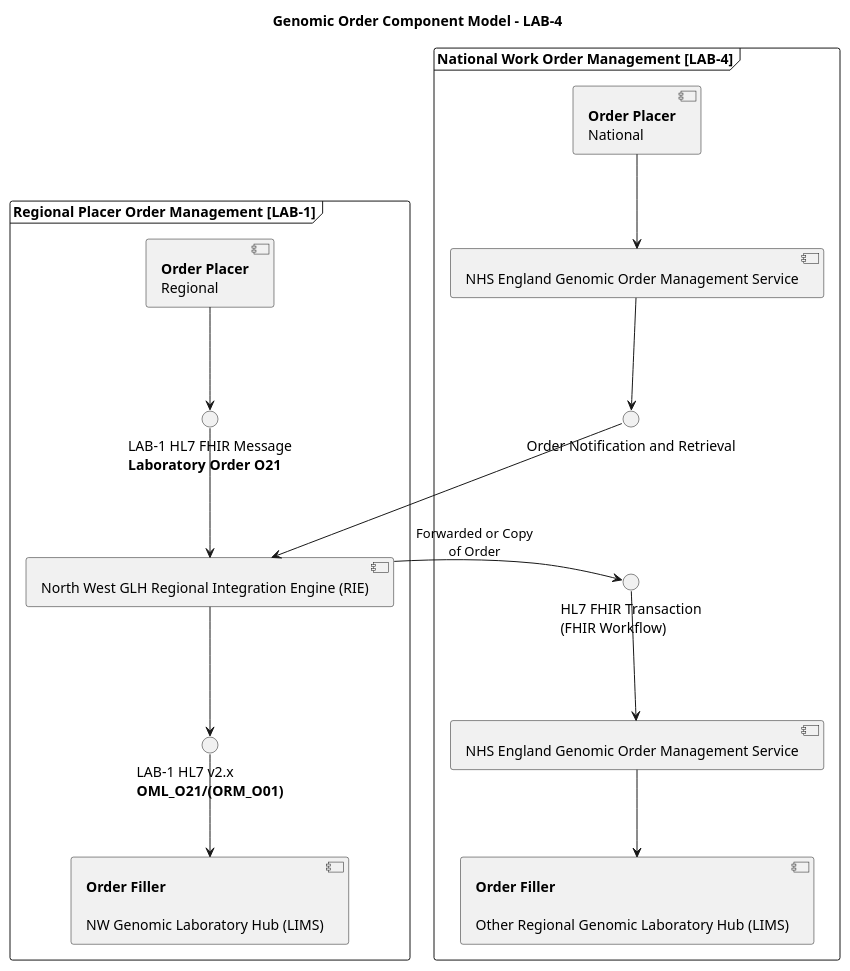
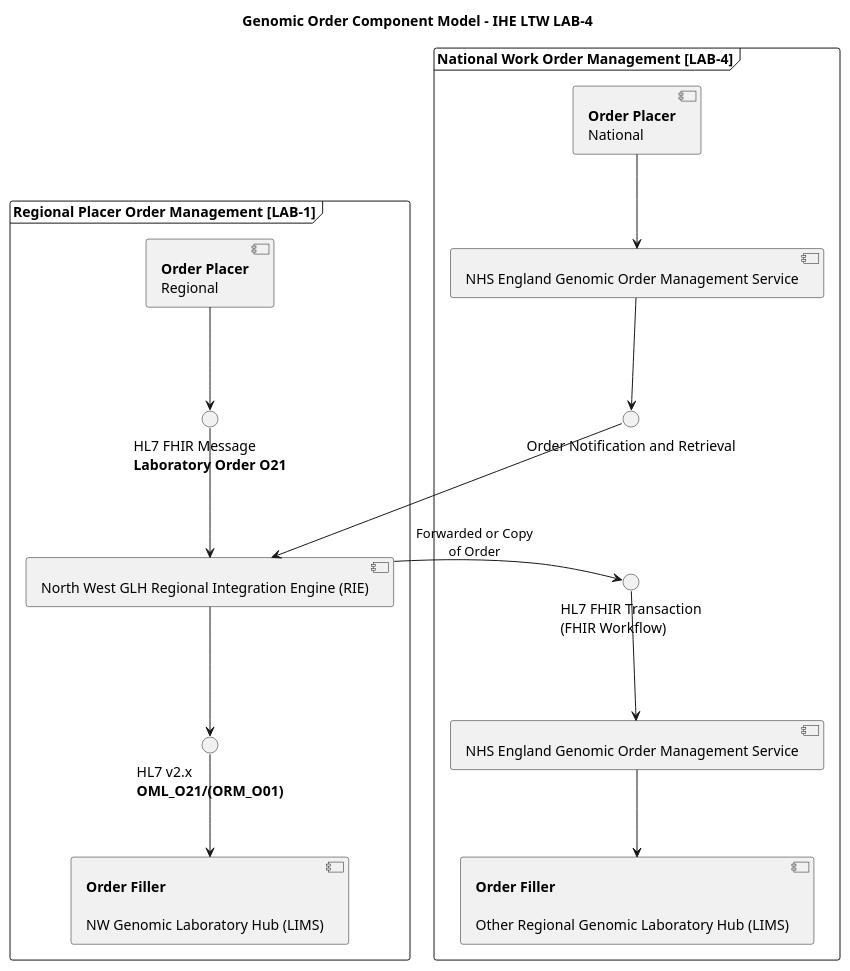
One commit to nw-gmsa/nw-gmsa.github.com changed the diagram in input/images-source/LAB4-component.plantuml. Above: the diagram before and after it, drawn with PlantUML. The commit also changed 2 other files, not shown here.

```diff
--- a/input/images-source/LAB4-component.plantuml
+++ b/input/images-source/LAB4-component.plantuml
@@ -1,44 +1,44 @@
 @startuml
 
-title "Genomic Order Component Model - LAB-4"
+title "Genomic Order Component Model - IHE LTW LAB-4"
 
 frame "Regional Placer Order Management [LAB-1]" as LAB1 {
   component "**Order Filler**\n\nNW Genomic Laboratory Hub (LIMS)" as LIMS
   component "**Order Placer**\nRegional" as EPR
   component "North West GLH Regional Integration Engine (RIE)" as TIE
 
- interface "LAB-1 HL7 FHIR Message\n**Laboratory Order O21**" as HL7_ORM1
+ interface "HL7 FHIR Message\n**Laboratory Order O21**" as HL7_ORM1
 
- interface "LAB-1 HL7 v2.x\n**OML_O21/(ORM_O01)**" as HL7_ORM2
+ interface "HL7 v2.x\n**OML_O21/(ORM_O01)**" as HL7_ORM2
 
   EPR -d-> HL7_ORM1
   HL7_ORM1 -d-> TIE
   TIE -d-> HL7_ORM2
 }
 
 frame "National Work Order Management [LAB-4]" as LAB4 {
  component "**Order Placer**\nNational" as EPRE
  component "NHS England Genomic Order Management Service" as GOMSp
  component "**Order Filler**\n\nOther Regional Genomic Laboratory Hub (LIMS)" as LIMSE
  component "NHS England Genomic Order Management Service" as GOMS
  interface "Order Notification and Retrieval" as notify
  interface "HL7 FHIR Transaction\n(FHIR Workflow)" as Transaction
 
 
  EPRE -d-> GOMSp
  GOMSp -d-> notify
  notify -d[hidden]- Transaction
  GOMS -d-> LIMSE
 }
 
 
 
 TIE -d-> Transaction: Forwarded or Copy\nof Order
 Transaction -d-> GOMS
  notify -d-> TIE
 
 HL7_ORM2 -d-> LIMS
 
 
 
 @enduml
```
